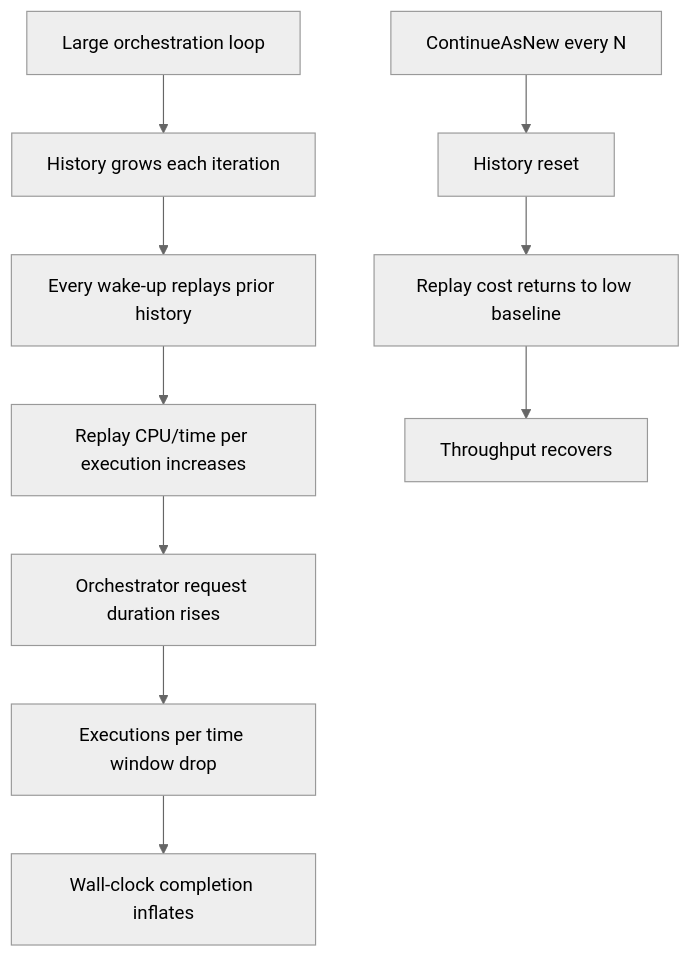
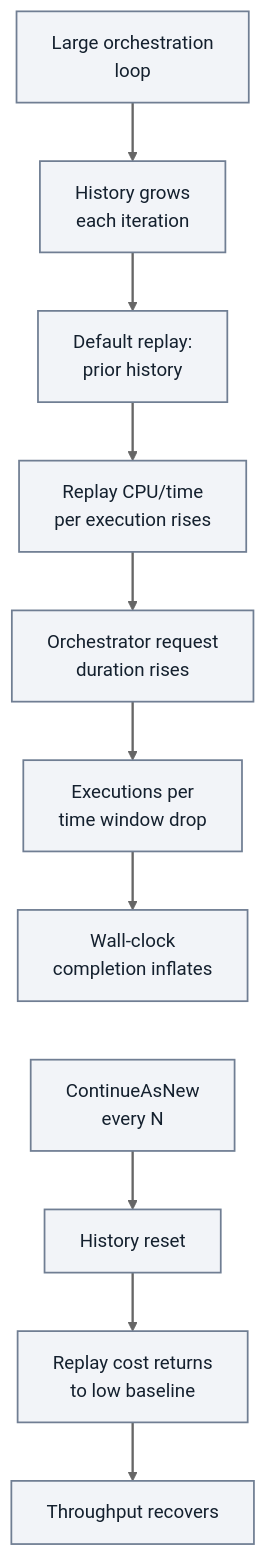
Before and after one commit to yeongseon/azure-functions-practical-guide: the first of 6 diagrams in docs/troubleshooting/lab-guides/durable-replay-storm.md, drawn with Mermaid (neutral theme). The commit also changed other lines of this file and 1 other file, not shown here.

First line of the commit message:
docs(diagrams): migrate Functions lab messaging and triggers — durable replay storm (#433)

````diff
--- a/docs/troubleshooting/lab-guides/durable-replay-storm.md
+++ b/docs/troubleshooting/lab-guides/durable-replay-storm.md
@@ -134,12 +136,19 @@
 ```mermaid
 flowchart TD
-    A[Large orchestration loop] --> B[History grows each iteration]
-    B --> C[Every wake-up replays prior history]
-    C --> D["Replay CPU/time per execution increases"]
-    D --> E[Orchestrator request duration rises]
-    E --> F[Executions per time window drop]
-    F --> G[Wall-clock completion inflates]
-    H[ContinueAsNew every N] --> I[History reset]
-    I --> J[Replay cost returns to low baseline]
-    J --> K[Throughput recovers]
+    accTitle: Lab replay growth and history reset model
+    accDescr: Illustrative contrast between growing replay work in a large loop and periodic history reset. The two chains describe this lab model, not a guarantee of slowdown or recovery for every workload.
+    A["Large orchestration<br/>loop"] --> B["History grows<br/>each iteration"]
+    B --> C["Default replay:<br/>prior history"]
+    C --> D["Replay CPU/time<br/>per execution rises"]
+    D --> E["Orchestrator request<br/>duration rises"]
+    E --> F["Executions per<br/>time window drop"]
+    F --> G["Wall-clock<br/>completion inflates"]
+    H["ContinueAsNew<br/>every N"] --> I["History reset"]
+    I --> J["Replay cost returns<br/>to low baseline"]
+    J --> K["Throughput recovers"]
+    %% Layout-only link tiers the contrast; it adds no causal step or arrow.
+    G ~~~ H
+    classDef baseNeutral fill:#f2f4f8,stroke:#707e93,stroke-width:1.5px,color:#14202e;
+    class A,B,C,D,E,F,G,H,I,J,K baseNeutral;
+    linkStyle default stroke-width:2px;
 ```
````
